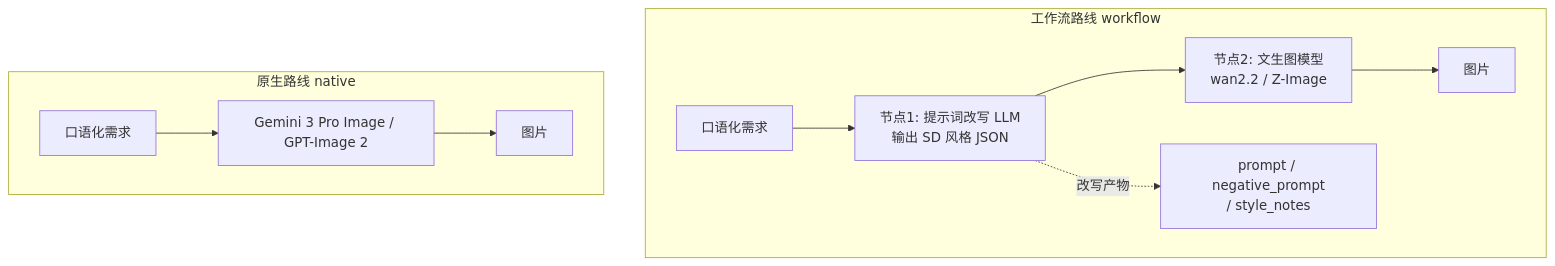
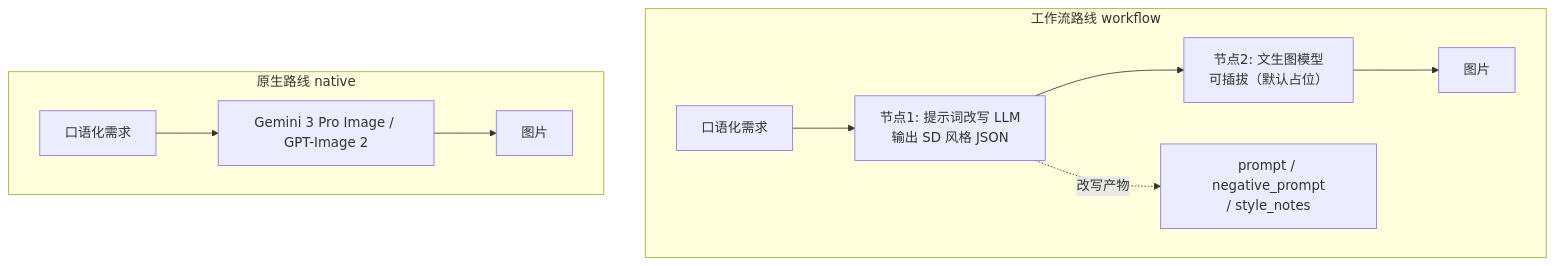
The diagram in chapter1/4.image-gen-workflow/README.md (AzureWynn/ai-agent-book-typescript), drawn with Mermaid before and after one commit. The commit also changed other lines of this file and 2 other files, not shown here.

Commit message:
refactor: 移除未使用的 Z-Image 生图接入说明

````diff
--- a/chapter1/4.image-gen-workflow/README.md
+++ b/chapter1/4.image-gen-workflow/README.md
@@ -13,13 +13,13 @@
 ```mermaid
 flowchart TD
     subgraph 工作流路线 workflow
         W1[口语化需求] --> W2["节点1: 提示词改写 LLM<br/>输出 SD 风格 JSON"]
-        W2 --> W3["节点2: 文生图模型<br/>wan2.2 / Z-Image"]
+        W2 --> W3["节点2: 文生图模型<br/>可插拔（默认占位）"]
         W3 --> W4[图片]
         W2 -.改写产物.-> W5["prompt / negative_prompt<br/>/ style_notes"]
     end
     subgraph 原生路线 native
         N1[口语化需求] --> N2[Gemini 3 Pro Image / GPT-Image 2]
         N2 --> N3[图片]
     end
 ```
````
